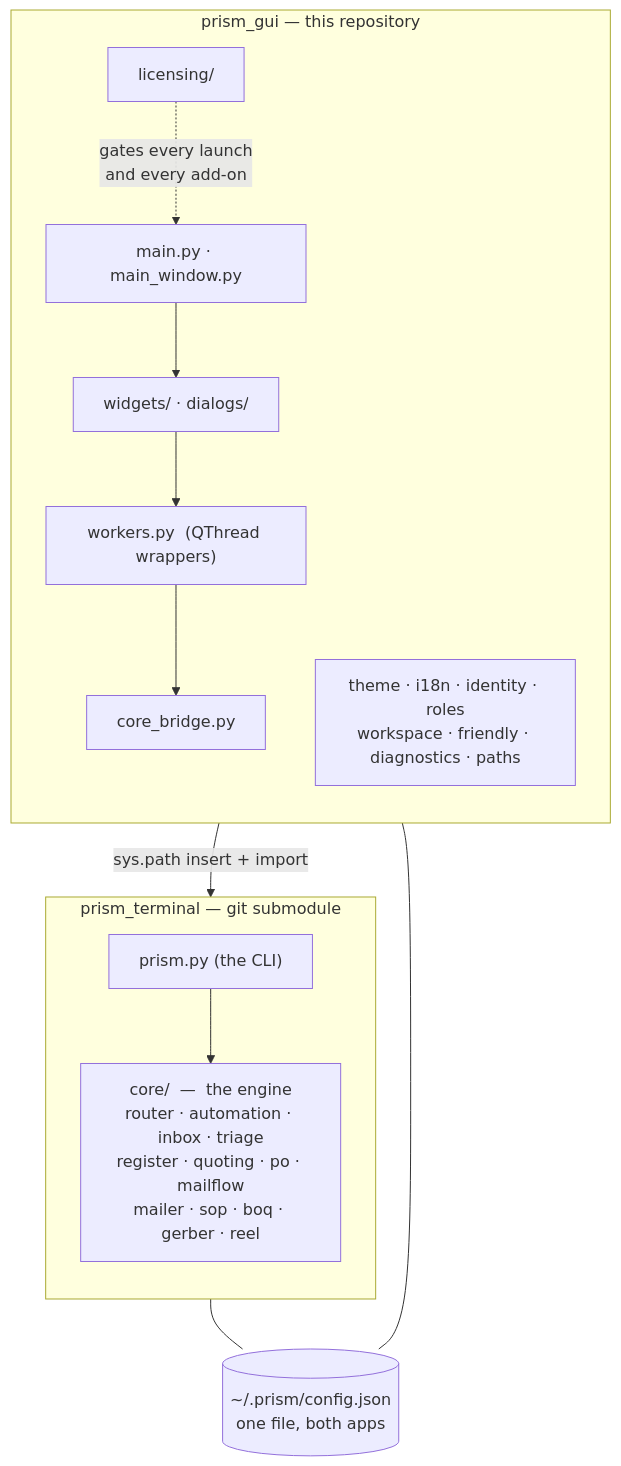
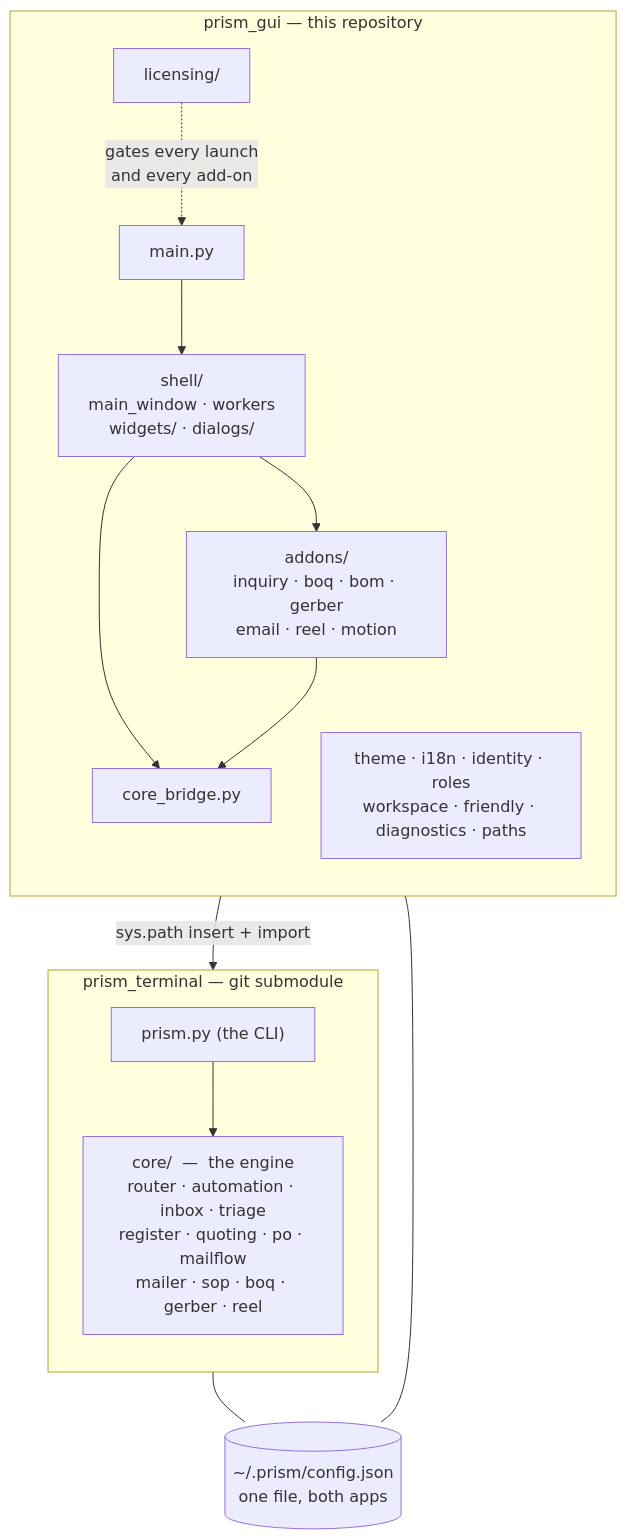
The first of 4 diagrams in docs/architecture/01-system-overview.md (HitarthTrivedi/prism_gui), drawn with Mermaid before and after one commit. The commit also changed other lines of this file and 2 other files, not shown here.

First line of the commit message:
Finish the shell/ move: the references imports do not cover

````diff
--- a/docs/architecture/01-system-overview.md
+++ b/docs/architecture/01-system-overview.md
@@ -41,27 +41,28 @@
 ```mermaid
 flowchart TB
     subgraph GUI["prism_gui  —  this repository"]
         direction TB
-        M["main.py · main_window.py"]
-        W["widgets/ · dialogs/"]
-        WK["workers.py  (QThread wrappers)"]
+        M["main.py"]
+        SH["shell/<br/>main_window · workers<br/>widgets/ · dialogs/"]
+        AD["addons/<br/>inquiry · boq · bom · gerber<br/>email · reel · motion"]
         L["licensing/"]
         S["theme · i18n · identity · roles<br/>workspace · friendly · diagnostics · paths"]
         CBR["core_bridge.py"]
     end
 
     subgraph ENG["prism_terminal  —  git submodule"]
         direction TB
         CLI["prism.py  (the CLI)"]
         CORE["core/  —  the engine<br/>router · automation · inbox · triage<br/>register · quoting · po · mailflow<br/>mailer · sop · boq · gerber · reel"]
     end
 
     CFG[("~/.prism/config.json<br/>one file, both apps")]
 
-    M --> W --> WK --> CBR
+    M --> SH --> CBR
+    SH --> AD --> CBR
     CBR -->|"sys.path insert + import"| CORE
     CLI --> CORE
     GUI --- CFG
     ENG --- CFG
     L -.->|gates every launch<br/>and every add-on| M
 ```
````
